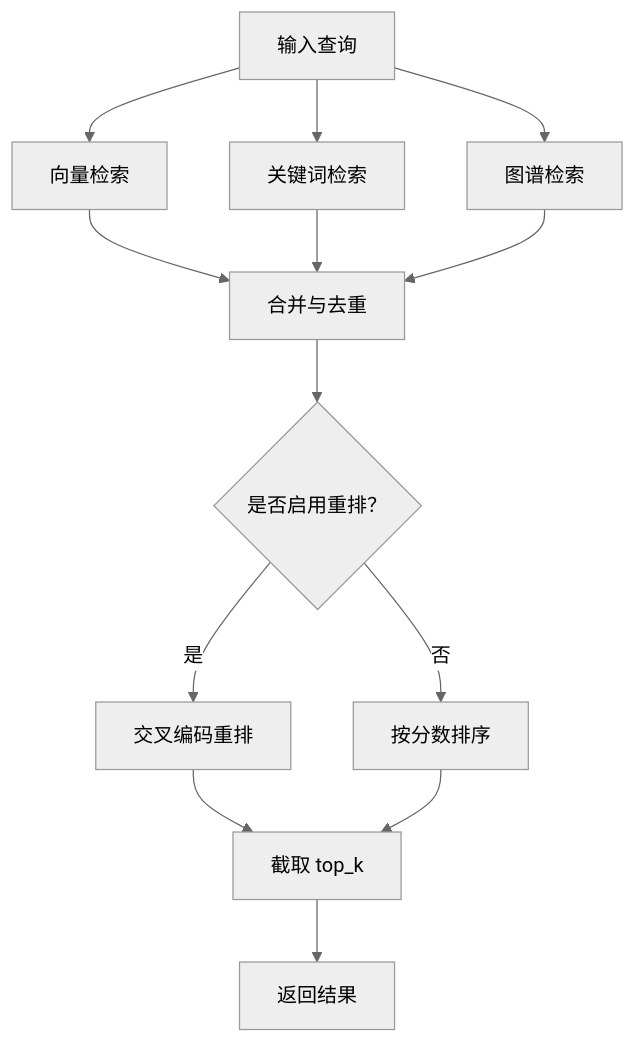
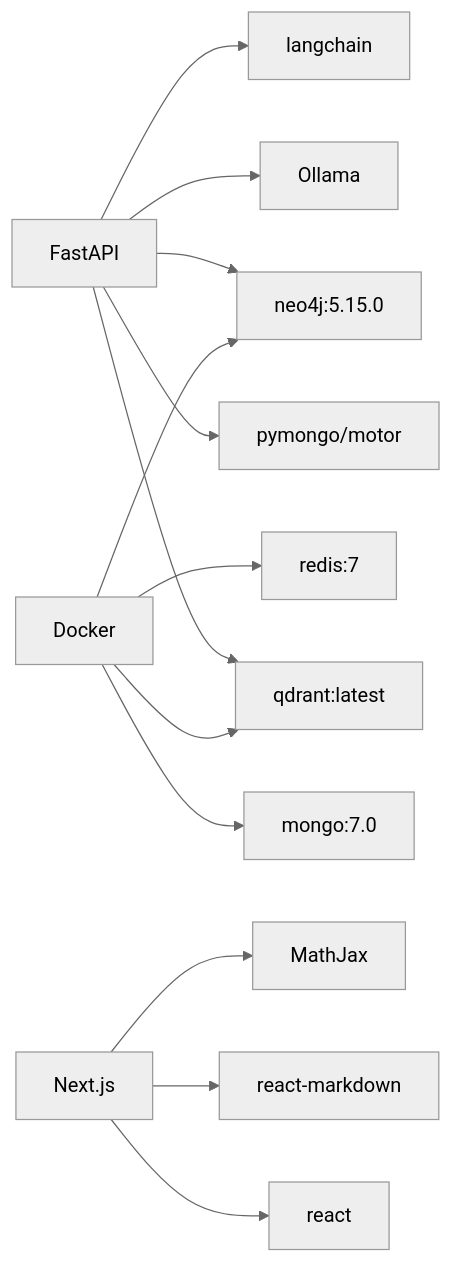
The seventh of 8 diagrams in .qoder/repowiki/zh/content/系统架构/整体架构设计.md (iammm0/advanced-rag), drawn with Mermaid (neutral theme) before and after one commit. The commit also changed other lines of this file and 233 other files, not shown here.

````diff
--- a/.qoder/repowiki/zh/content/系统架构/整体架构设计.md
+++ b/.qoder/repowiki/zh/content/系统架构/整体架构设计.md
@@ -232,15 +264,15 @@
 ```mermaid
-flowchart TD
-Q["输入查询"] --> V["向量检索"]
-Q --> K["关键词检索"]
-Q --> G["图谱检索"]
-V --> Merge["合并与去重"]
-K --> Merge
-G --> Merge
-Merge --> Rerank{"是否启用重排？"}
-Rerank --> |是| ReRank["交叉编码重排"]
-Rerank --> |否| Sort["按分数排序"]
-ReRank --> TopK["截取 top_k"]
-Sort --> TopK
-TopK --> Out["返回结果"]
+graph LR
+FastAPI["FastAPI"] --> PyMongo["pymongo/motor"]
+FastAPI --> Qdrant["qdrant-client"]
+FastAPI --> Neo4j["neo4j"]
+FastAPI --> Ollama["Ollama"]
+FastAPI --> LangChain["langchain"]
+Frontend["Next.js"] --> React["react"]
+Frontend --> Markdown["react-markdown"]
+Frontend --> Math["MathJax"]
+Docker["Docker"] --> MongoDB["mongo:7.0"]
+Docker --> Qdrant["qdrant:latest"]
+Docker --> Neo4j["neo4j:5.15.0"]
+Docker --> Redis["redis:7"]
 ```
````
